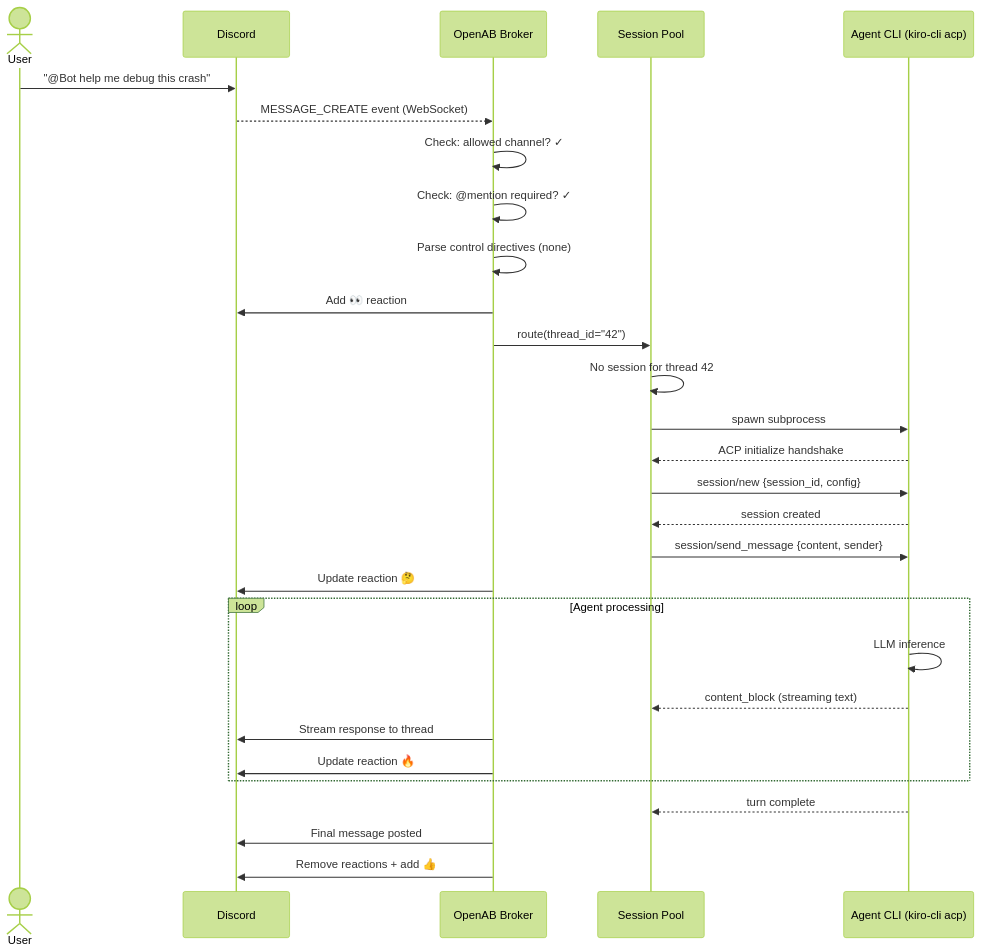
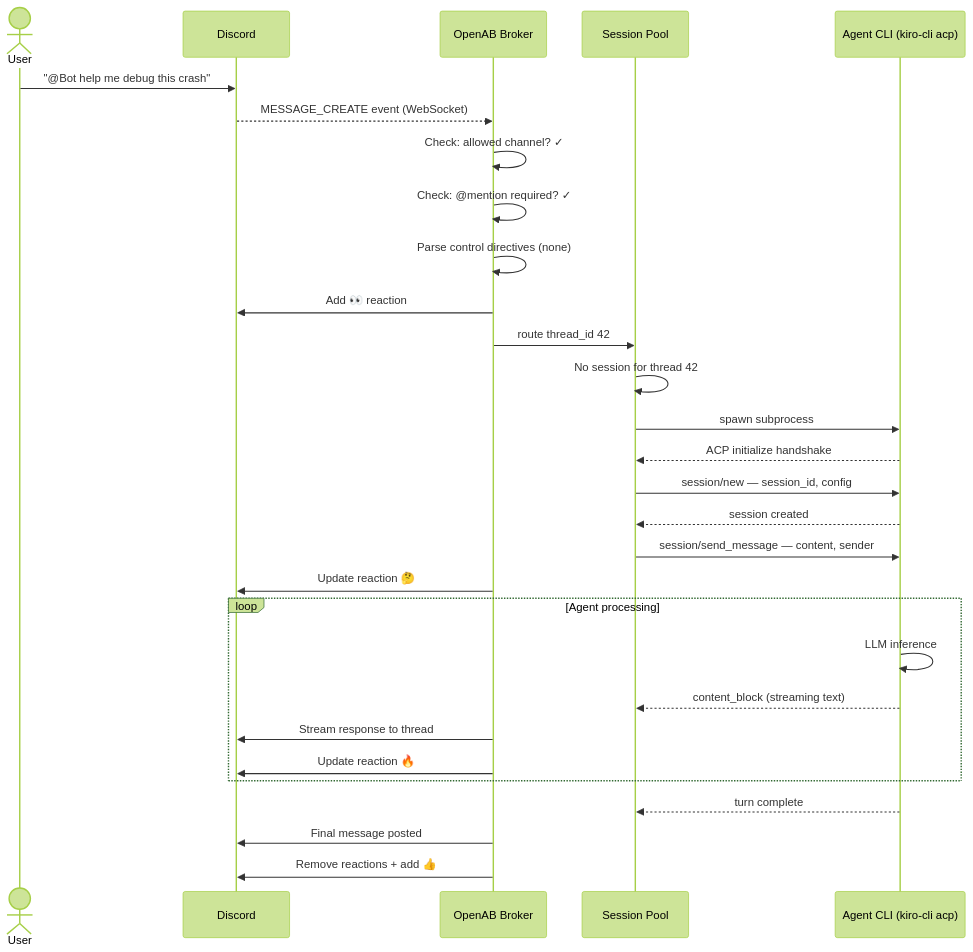
Before and after one commit to shaun-agent/openab-map: the first of 3 diagrams in 02-mental-models/data-flow.md, drawn with Mermaid (forest theme). The commit also changed 6 other files, not shown here.

First line of the commit message:
fix(diagrams): fix mermaid rendering issues across all files

````diff
--- a/02-mental-models/data-flow.md
+++ b/02-mental-models/data-flow.md
@@ -7,37 +7,37 @@
 ```mermaid
 sequenceDiagram
     actor User
     participant Discord
     participant OAB as OpenAB Broker
     participant Pool as Session Pool
     participant Agent as Agent CLI (kiro-cli acp)
 
     User->>Discord: "@Bot help me debug this crash"
     Discord-->>OAB: MESSAGE_CREATE event (WebSocket)
 
     OAB->>OAB: Check: allowed channel? ✓
     OAB->>OAB: Check: @mention required? ✓
     OAB->>OAB: Parse control directives (none)
     OAB->>Discord: Add 👀 reaction
 
-    OAB->>Pool: route(thread_id="42")
+    OAB->>Pool: route thread_id 42
     Pool->>Pool: No session for thread 42
     Pool->>Agent: spawn subprocess
     Agent-->>Pool: ACP initialize handshake
-    Pool->>Agent: session/new {session_id, config}
+    Pool->>Agent: session/new — session_id, config
     Agent-->>Pool: session created
 
-    Pool->>Agent: session/send_message {content, sender}
+    Pool->>Agent: session/send_message — content, sender
     OAB->>Discord: Update reaction 🤔
 
     loop Agent processing
         Agent->>Agent: LLM inference
         Agent-->>Pool: content_block (streaming text)
         OAB->>Discord: Stream response to thread
         OAB->>Discord: Update reaction 🔥
     end
 
     Agent-->>Pool: turn complete
     OAB->>Discord: Final message posted
     OAB->>Discord: Remove reactions + add 👍
 ```
````
